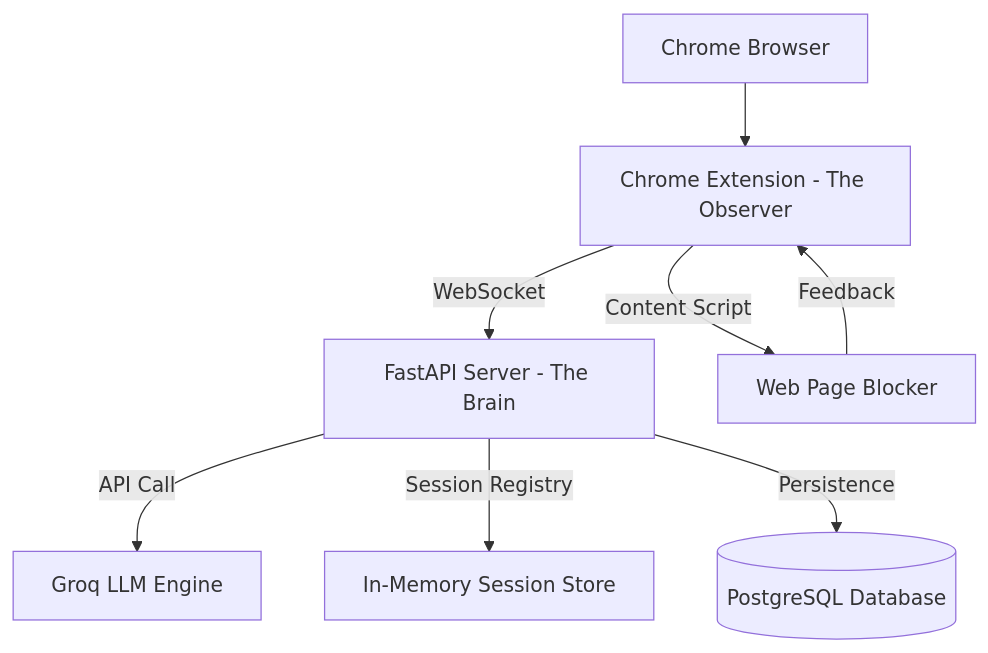
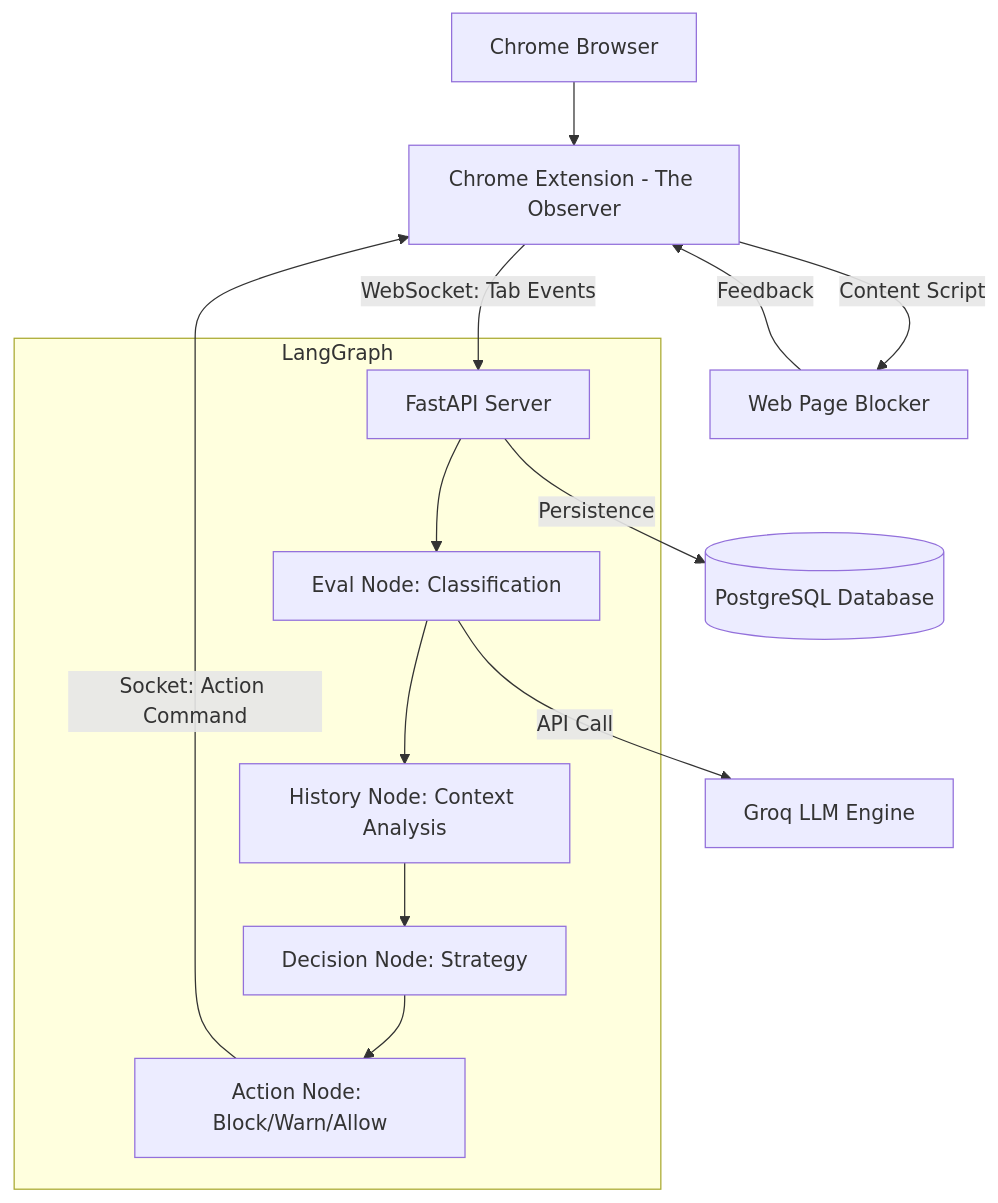
Before and after one commit to focusflowmini/FocusFlow.ai: the diagram in docs/architecture.md, drawn with Mermaid. The commit also changed 24 other files, not shown here.

````diff
--- a/docs/architecture.md
+++ b/docs/architecture.md
@@ -6,10 +6,16 @@
 ```mermaid
 graph TD
     A[Chrome Browser] --> B[Chrome Extension - The Observer]
-    B -->|WebSocket| C[FastAPI Server - The Brain]
-    C -->|API Call| D[Groq LLM Engine]
-    C -->|Session Registry| E[In-Memory Session Store]
-    C -->|Persistence| G[(PostgreSQL Database)]
-    B -->|Content Script| F[Web Page Blocker]
-    F -->|Feedback| B
+    B -->|WebSocket: Tab Events| C[FastAPI Server]
+    subgraph Agentic Brain [LangGraph]
+        C --> D[Eval Node: Classification]
+        D --> E[History Node: Context Analysis]
+        E --> F[Decision Node: Strategy]
+        F --> G[Action Node: Block/Warn/Allow]
+    end
+    G -->|Socket: Action Command| B
+    D -->|API Call| H[Groq LLM Engine]
+    C -->|Persistence| I[(PostgreSQL Database)]
+    B -->|Content Script| J[Web Page Blocker]
+    J -->|Feedback| B
 ```
````
